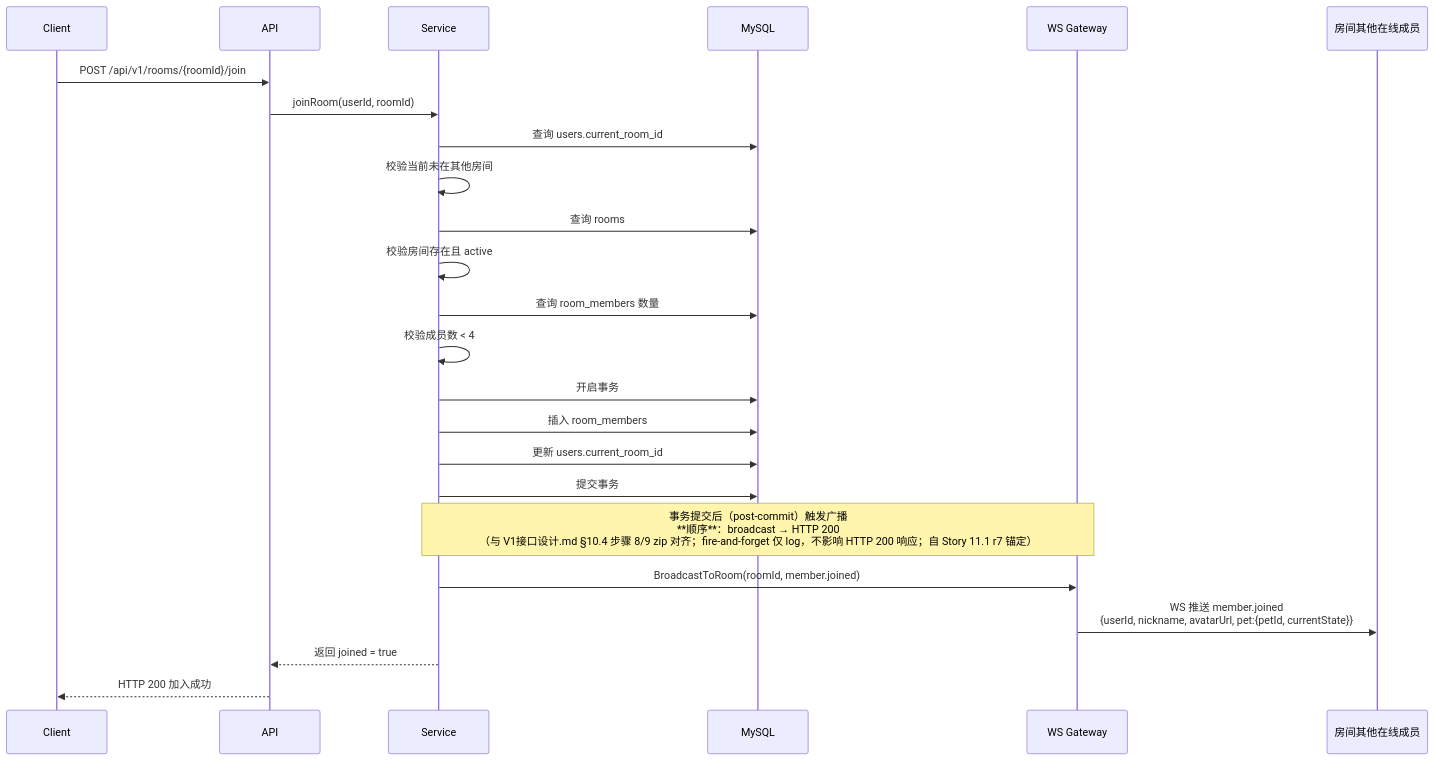
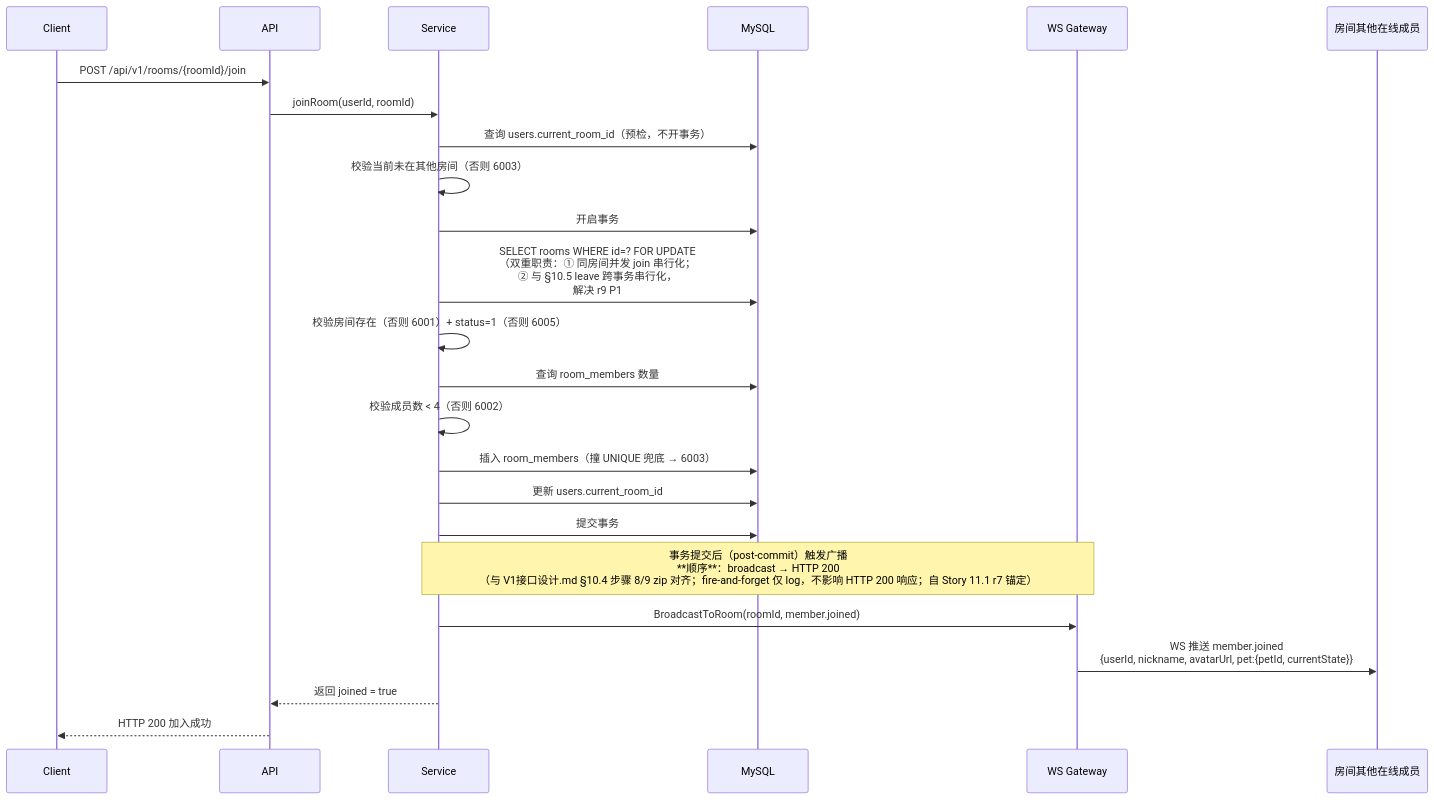
The ninth of 12 diagrams in docs/宠物互动App_时序图与核心业务流程设计.md (huing7373/catc), drawn with Mermaid before and after one commit. The commit also changed other lines of this file and 5 other files, not shown here.

````diff
--- a/docs/宠物互动App_时序图与核心业务流程设计.md
+++ b/docs/宠物互动App_时序图与核心业务流程设计.md
@@ -439,27 +439,27 @@
 ```mermaid
 sequenceDiagram
     participant Client
     participant API
     participant Service
     participant MySQL
     participant WSGateway as WS Gateway
     participant Others as 房间其他在线成员
 
     Client->>API: POST /api/v1/rooms/{roomId}/join
     API->>Service: joinRoom(userId, roomId)
-    Service->>MySQL: 查询 users.current_room_id
-    Service->>Service: 校验当前未在其他房间
-    Service->>MySQL: 查询 rooms
-    Service->>Service: 校验房间存在且 active
+    Service->>MySQL: 查询 users.current_room_id（预检，不开事务）
+    Service->>Service: 校验当前未在其他房间（否则 6003）
+    Service->>MySQL: 开启事务
+    Service->>MySQL: SELECT rooms WHERE id=? FOR UPDATE<br/>（双重职责：① 同房间并发 join 串行化；<br/>② 与 §10.5 leave 跨事务串行化，<br/>解决 r9 P1#2 cross-tx race）
+    Service->>Service: 校验房间存在（否则 6001）+ status=1（否则 6005）
     Service->>MySQL: 查询 room_members 数量
-    Service->>Service: 校验成员数 < 4
-    Service->>MySQL: 开启事务
-    Service->>MySQL: 插入 room_members
+    Service->>Service: 校验成员数 < 4（否则 6002）
+    Service->>MySQL: 插入 room_members（撞 UNIQUE 兜底 → 6003）
     Service->>MySQL: 更新 users.current_room_id
     Service->>MySQL: 提交事务
     Note over Service,WSGateway: 事务提交后（post-commit）触发广播<br/>**顺序**：broadcast → HTTP 200<br/>（与 V1接口设计.md §10.4 步骤 8/9 zip 对齐；fire-and-forget 仅 log，不影响 HTTP 200 响应；自 Story 11.1 r7 锚定）
     Service->>WSGateway: BroadcastToRoom(roomId, member.joined)
     WSGateway->>Others: WS 推送 member.joined<br/>{userId, nickname, avatarUrl, pet:{petId, currentState}}
     Service-->>API: 返回 joined = true
     API-->>Client: HTTP 200 加入成功
 ```
````
